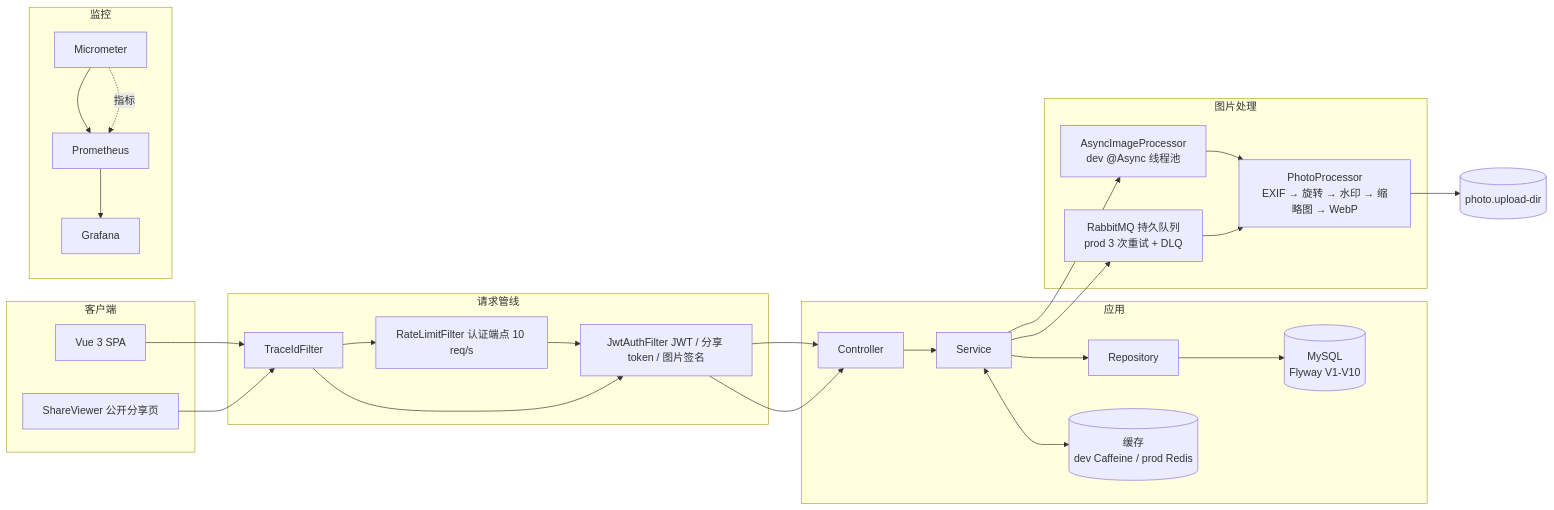
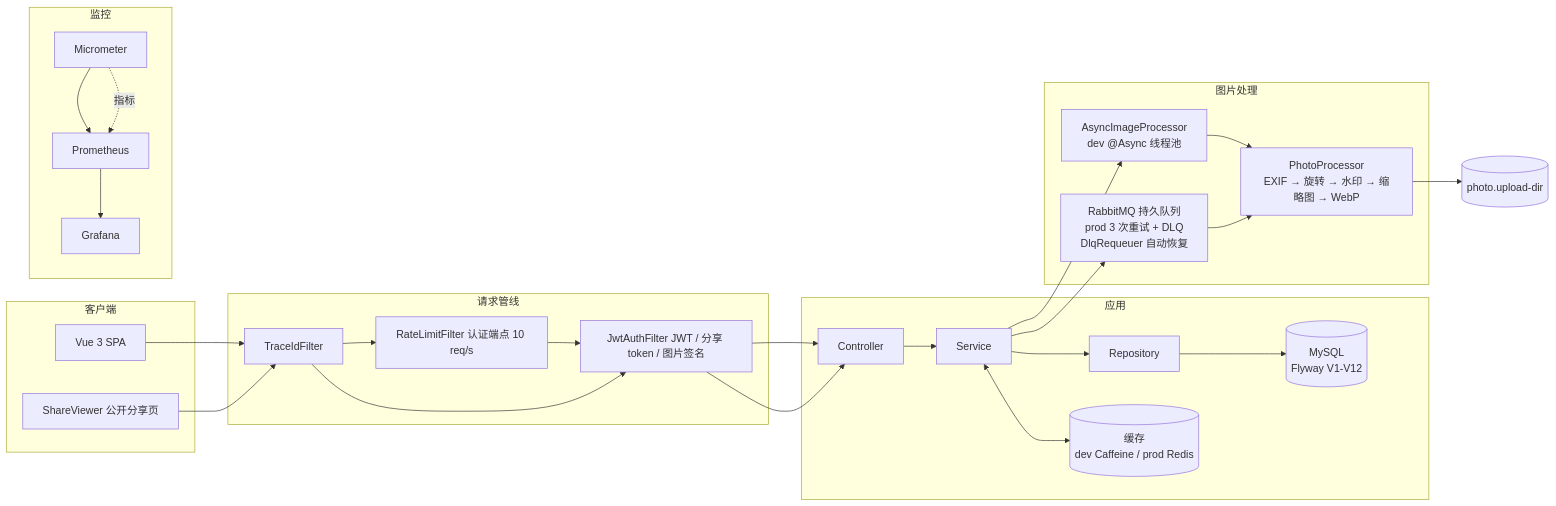
The diagram in README.md (LJ000003/photo-gallery), drawn with Mermaid before and after one commit. The commit also changed 41 other files, not shown here.

First line of the commit message:
feat: 2C4G 部署加固——解码上限/水印幂等/DLQ 自动恢复/原子写 + 启动补生成

````diff
--- a/README.md
+++ b/README.md
@@ -11,28 +11,28 @@
 ```mermaid
 flowchart LR
     subgraph 客户端
         SPA[Vue 3 SPA]
         SHARE[ShareViewer 公开分享页]
     end
     subgraph 请求管线
         F1[TraceIdFilter]
         F2[RateLimitFilter 认证端点 10 req/s]
         F3[JwtAuthFilter JWT / 分享 token / 图片签名]
     end
     subgraph 应用
-        C[Controller] --> S[Service] --> R[Repository] --> DB[(MySQL<br/>Flyway V1-V10)]
+        C[Controller] --> S[Service] --> R[Repository] --> DB[(MySQL<br/>Flyway V1-V12)]
         S <--> CACHE[(缓存<br/>dev Caffeine / prod Redis)]
     end
     subgraph 图片处理
         A1[AsyncImageProcessor<br/>dev @Async 线程池]
-        A2[RabbitMQ 持久队列<br/>prod 3 次重试 + DLQ]
+        A2[RabbitMQ 持久队列<br/>prod 3 次重试 + DLQ<br/>DlqRequeuer 自动恢复]
         PROC[PhotoProcessor<br/>EXIF → 旋转 → 水印 → 缩略图 → WebP]
     end
     subgraph 监控
         M[Micrometer] --> PR[Prometheus] --> G[Grafana]
     end
     SPA --> F1 --> F2 --> F3 --> C
     SHARE --> F1 --> F3 --> C
     S --> A1 & A2 --> PROC --> STOR[(photo.upload-dir)]
     M -. 指标 .-> PR
 ```
````
